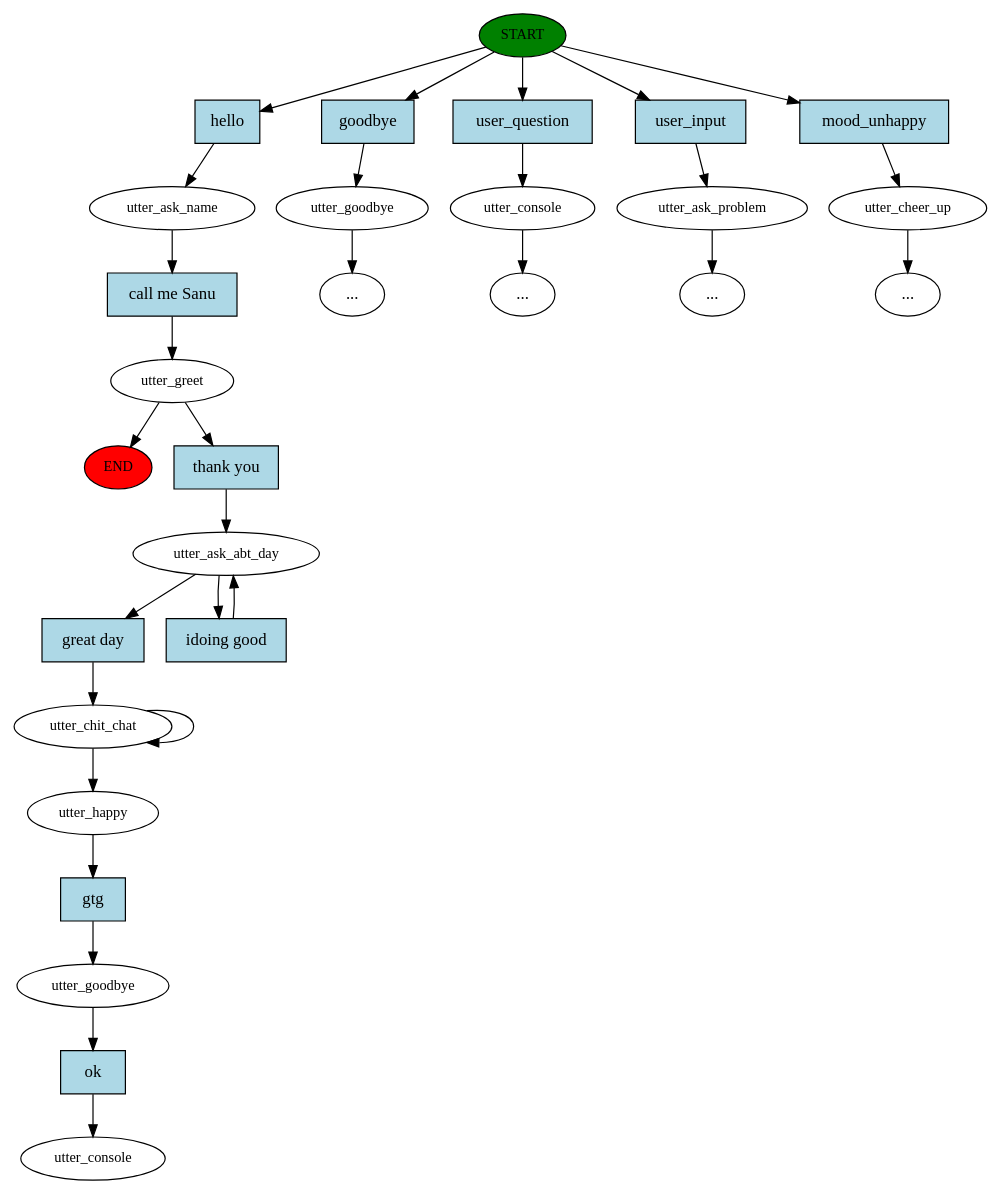
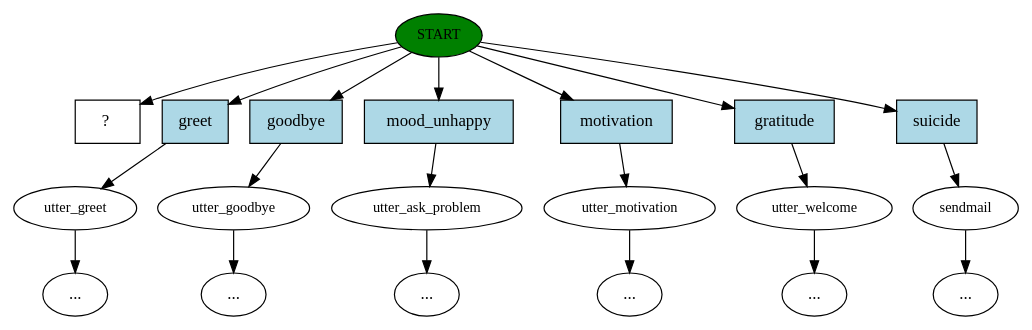
Before and after one commit to SandraAnildas/Quinn_Main_Project_2019: the diagram in story_graph.dot, drawn with Graphviz. The commit also changed 7696 other files, not shown here.

```diff
--- a/story_graph.dot
+++ b/story_graph.dot
@@ -1,59 +1,41 @@
 digraph  {
 0 [class="start active", fillcolor=green, fontsize=12, label=START, style=filled];
-"-1" [class=end, fillcolor=red, fontsize=12, label=END, style=filled];
-1 [class=active, fontsize=12, label=utter_ask_name];
-2 [class=active, fontsize=12, label=utter_greet];
-3 [class="", fontsize=12, label=utter_goodbye];
-"-3" [class=ellipsis, label="..."];
-4 [class="", fontsize=12, label=utter_console];
-5 [class="", fontsize=12, label=utter_ask_problem];
-6 [class="", fontsize=12, label=utter_cheer_up];
+1 [class="", fontsize=12, label=utter_greet];
+2 [class="", fontsize=12, label=utter_goodbye];
+"-4" [class=ellipsis, label="..."];
+3 [class="", fontsize=12, label=utter_ask_problem];
+"-5" [class=ellipsis, label="..."];
+4 [class="", fontsize=12, label=utter_motivation];
 "-6" [class=ellipsis, label="..."];
+5 [class="", fontsize=12, label=utter_welcome];
+"-7" [class=ellipsis, label="..."];
+6 [class="", fontsize=12, label=sendmail];
 "-8" [class=ellipsis, label="..."];
-"-9" [class=ellipsis, label="..."];
-12 [class=active, fontsize=12, label=utter_ask_abt_day];
-14 [class=active, fontsize=12, label=utter_chit_chat];
-16 [class=active, fontsize=12, label=utter_happy];
-17 [class=active, fontsize=12, label=utter_goodbye];
-18 [class="dashed active", fontsize=12, label=utter_console];
-19 [class="intent active", fillcolor=lightblue, label=hello, shape=rect, style=filled];
-20 [class=intent, fillcolor=lightblue, label=goodbye, shape=rect, style=filled];
-21 [class=intent, fillcolor=lightblue, label=user_question, shape=rect, style=filled];
-22 [class=intent, fillcolor=lightblue, label=user_input, shape=rect, style=filled];
-23 [class=intent, fillcolor=lightblue, label=mood_unhappy, shape=rect, style=filled];
-24 [class="intent active", fillcolor=lightblue, label="call me Sanu", shape=rect, style=filled];
-25 [class="intent active", fillcolor=lightblue, label="thank you", shape=rect, style=filled];
-26 [class="intent active", fillcolor=lightblue, label="great day", shape=rect, style=filled];
-27 [class="intent active", fillcolor=lightblue, label="idoing good", shape=rect, style=filled];
-28 [class="intent active", fillcolor=lightblue, label=gtg, shape=rect, style=filled];
-29 [class="intent active", fillcolor=lightblue, label=ok, shape=rect, style=filled];
-0 -> 19  [class=active, key=0];
+"-16" [class=ellipsis, label="..."];
+15 [class="intent dashed active", label="  ?  ", shape=rect];
+16 [class=intent, fillcolor=lightblue, label=greet, shape=rect, style=filled];
+17 [class=intent, fillcolor=lightblue, label=goodbye, shape=rect, style=filled];
+18 [class=intent, fillcolor=lightblue, label=mood_unhappy, shape=rect, style=filled];
+19 [class=intent, fillcolor=lightblue, label=motivation, shape=rect, style=filled];
+20 [class=intent, fillcolor=lightblue, label=gratitude, shape=rect, style=filled];
+21 [class=intent, fillcolor=lightblue, label=suicide, shape=rect, style=filled];
+0 -> 15  [class=active, key=NONE, label=""];
+0 -> 16  [class="", key=0];
+0 -> 17  [class="", key=0];
+0 -> 18  [class="", key=0];
+0 -> 19  [class="", key=0];
 0 -> 20  [class="", key=0];
 0 -> 21  [class="", key=0];
-0 -> 22  [class="", key=0];
-0 -> 23  [class="", key=0];
-1 -> 24  [class=active, key=0];
-2 -> "-1"  [class="", key=NONE, label=""];
-2 -> 25  [class=active, key=0];
-3 -> "-3"  [class="", key=NONE, label=""];
-4 -> "-9"  [class="", key=NONE, label=""];
-5 -> "-8"  [class="", key=NONE, label=""];
-6 -> "-6"  [class="", key=NONE, label=""];
-12 -> 26  [class=active, key=0];
-12 -> 27  [class=active, key=0];
-14 -> 16  [class=active, key=NONE, label=""];
-14 -> 14  [class=active, key=NONE, label=""];
-16 -> 28  [class=active, key=0];
-17 -> 29  [class=active, key=0];
-19 -> 1  [class=active, key=0];
-20 -> 3  [class="", key=0];
-21 -> 4  [class="", key=0];
-22 -> 5  [class="", key=0];
-23 -> 6  [class="", key=0];
-24 -> 2  [class=active, key=0];
-25 -> 12  [class=active, key=0];
-26 -> 14  [class=active, key=0];
-27 -> 12  [class=active, key=0];
-28 -> 17  [class=active, key=0];
-29 -> 18  [class=active, key=0];
+1 -> "-16"  [class="", key=NONE, label=""];
+2 -> "-4"  [class="", key=NONE, label=""];
+3 -> "-5"  [class="", key=NONE, label=""];
+4 -> "-6"  [class="", key=NONE, label=""];
+5 -> "-7"  [class="", key=NONE, label=""];
+6 -> "-8"  [class="", key=NONE, label=""];
+16 -> 1  [class="", key=0];
+17 -> 2  [class="", key=0];
+18 -> 3  [class="", key=0];
+19 -> 4  [class="", key=0];
+20 -> 5  [class="", key=0];
+21 -> 6  [class="", key=0];
 }
```
